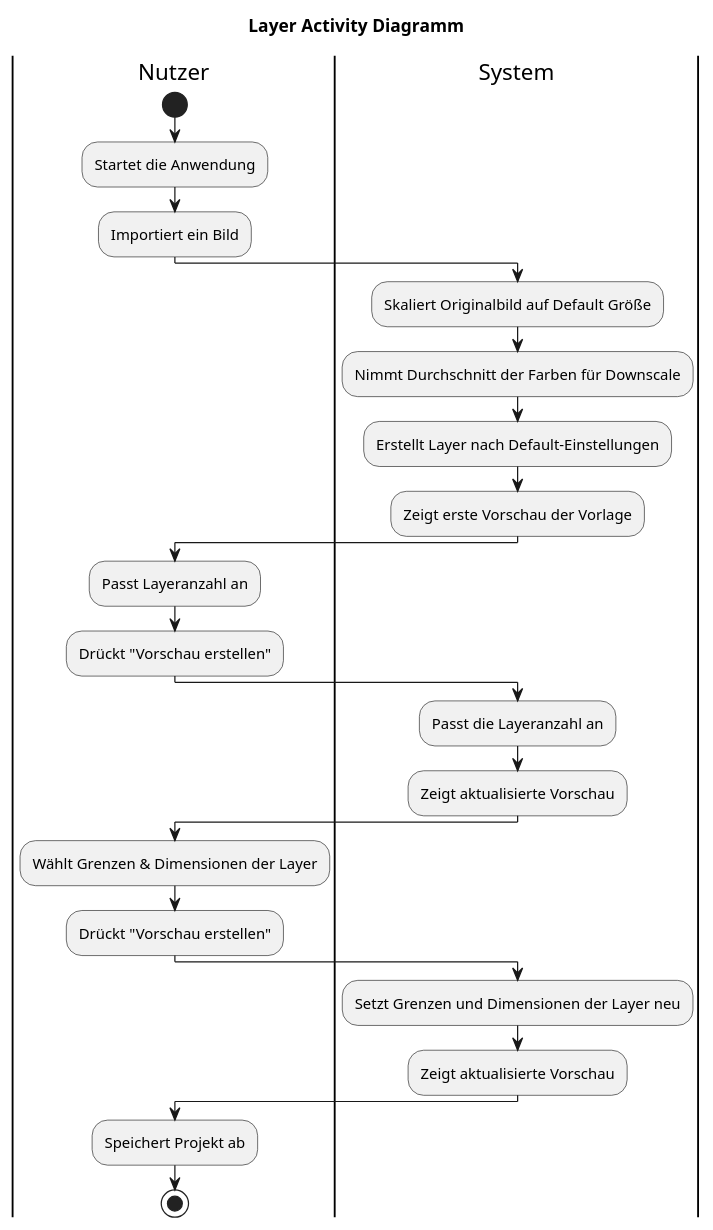
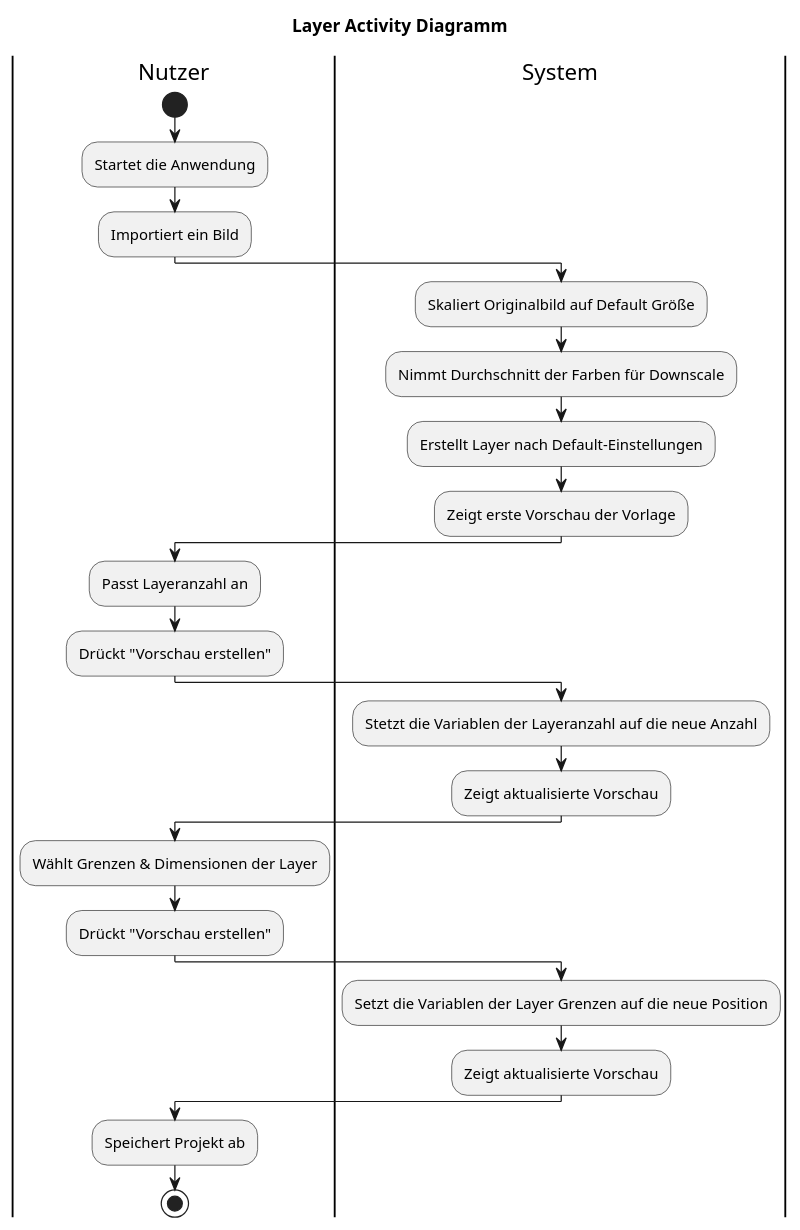
One commit to Karma-chocolate/SWE-Labor changed the diagram in ActivityDiaBildvorschau.puml. Above: the diagram before and after it, drawn with PlantUML.

```diff
--- a/ActivityDiaBildvorschau.puml
+++ b/ActivityDiaBildvorschau.puml
@@ -1,34 +1,34 @@
 @startuml
 title Layer Activity Diagramm
 
 |Nutzer|
 start
 :Startet die Anwendung;
 :Importiert ein Bild;
 
 |System|
 :Skaliert Originalbild auf Default Größe;
 :Nimmt Durchschnitt der Farben für Downscale;
 :Erstellt Layer nach Default-Einstellungen;
 :Zeigt erste Vorschau der Vorlage;
 
 |Nutzer|
 :Passt Layeranzahl an;
 :Drückt "Vorschau erstellen";
 
 |System|
-:Passt die Layeranzahl an;
+:Stetzt die Variablen der Layeranzahl auf die neue Anzahl;
 :Zeigt aktualisierte Vorschau;
 
 |Nutzer|
 :Wählt Grenzen & Dimensionen der Layer;
 :Drückt "Vorschau erstellen";
 
 |System|
-:Setzt Grenzen und Dimensionen der Layer neu;
+:Setzt die Variablen der Layer Grenzen auf die neue Position;
 :Zeigt aktualisierte Vorschau;
 
 |Nutzer|
 :Speichert Projekt ab;
 stop
 @enduml 
```
